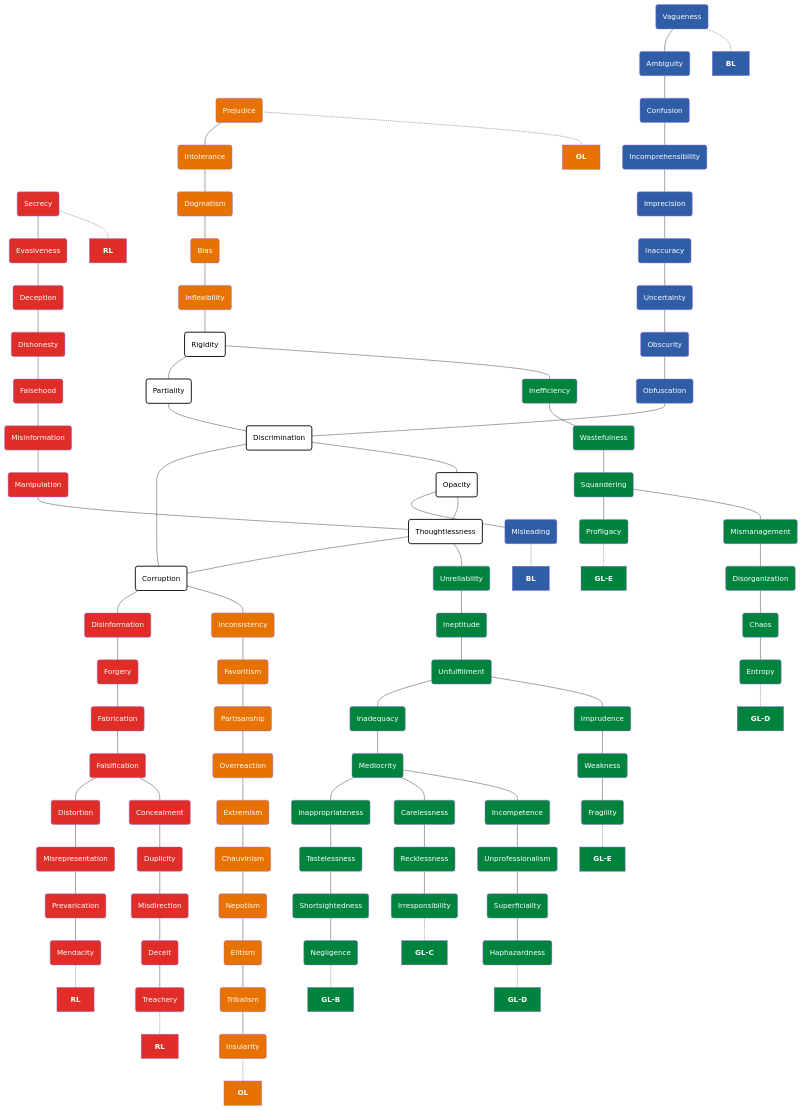
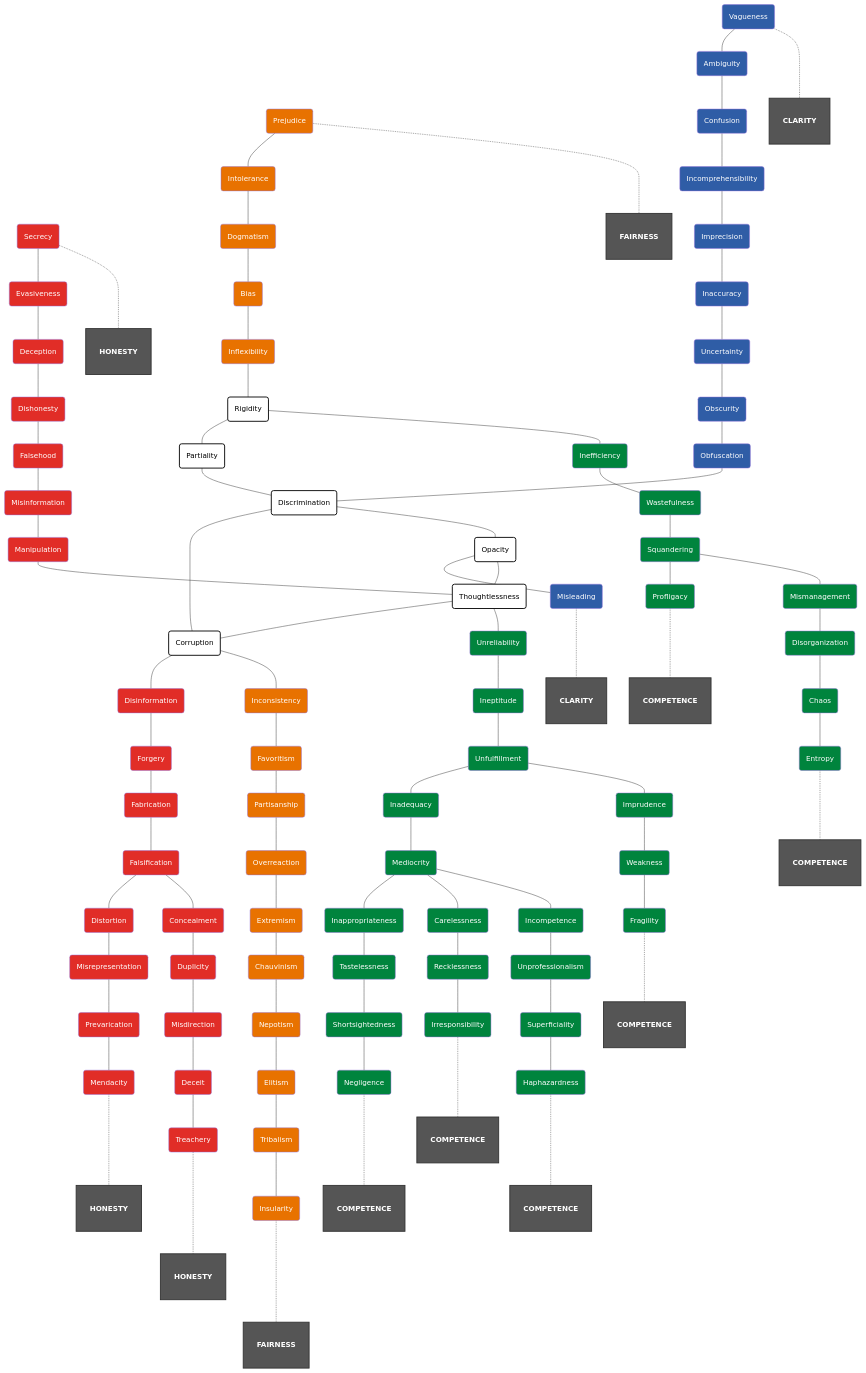
One commit to aygp-dr/values-compass changed the diagram in docs/visualizations/values_transit_map.mmd. Above: the diagram before and after it, drawn with Mermaid.

Commit message:
feat(visualization): replace line labels with value domain labels in transit map

```diff
--- a/docs/visualizations/values_transit_map.mmd
+++ b/docs/visualizations/values_transit_map.mmd
@@ -1,160 +1,156 @@
 graph TB
     %% Red Line (Honesty Domain)
     alfcl(Secrecy) --- davis(Evasiveness)
     davis --- portr(Deception)
     portr --- harsq(Dishonesty)
     harsq --- cntsq(Falsehood)
     cntsq --- knncl(Misinformation)
     knncl --- chmnl(Manipulation)
     chmnl --- pktrm(Thoughtlessness)
     pktrm --- dwnxg(Corruption)
     dwnxg --- sstat(Disinformation)
     sstat --- brdwy(Forgery)
     brdwy --- andrw(Fabrication)
     andrw --- jfk(Falsification)
     
     %% Red Line branches
     jfk --- shmnl(Distortion)
     shmnl --- fldcr(Misrepresentation)
     fldcr --- smmnl(Prevarication)
     smmnl --- asmnl(Mendacity)
     
     jfk --- nqncy(Concealment)
     nqncy --- wlsta(Duplicity)
     wlsta --- qnctr(Misdirection)
     qnctr --- qamnl(Deceit)
     qamnl --- brntn(Treachery)
     
     %% Orange Line (Fairness Domain)
     ogmnl(Prejudice) --- mlmnl(Intolerance)
     mlmnl --- welln(Dogmatism)
     welln --- sull(Bias)
     sull --- ccmnl(Inflexibility)
     ccmnl --- north(Rigidity)
     north --- haecl(Partiality)
     haecl --- state(Discrimination)
     state --- dwnxg
     dwnxg --- chncl(Inconsistency)
     chncl --- tumnl(Favoritism)
     tumnl --- bbsta(Partisanship)
     bbsta --- masta(Overreaction)
     masta --- rugg(Extremism)
     rugg --- rcmnl(Chauvinism)
     rcmnl --- jaksn(Nepotism)
     jaksn --- sbmnl(Elitism)
     sbmnl --- grnst(Tribalism)
     grnst --- forhl(Insularity)
     
     %% Blue Line (Clarity Domain)
     wondl(Vagueness) --- rbmnl(Ambiguity)
     rbmnl --- bmmnl(Confusion)
     bmmnl --- sdmnl(Incomprehensibility)
     sdmnl --- orhte(Imprecision)
     orhte --- wimnl(Inaccuracy)
     wimnl --- aport(Uncertainty)
     aport --- mvbcl(Obscurity)
     mvbcl --- aqucl(Obfuscation)
     aqucl --- state
     state --- gover(Opacity)
     gover --- bomnl(Misleading)
     
     %% Green Line - Main Trunk (Competence Domain)
     gover --- pktrm
     pktrm --- boyls(Unreliability)
     boyls --- armnl(Ineptitude)
     armnl --- coecl(Unfulfillment)
     coecl --- hymnl(Inadequacy)
     hymnl --- kencl(Mediocrity)
     
     %% Green Line B Branch - Compressed version
     kencl --- bueast(Inappropriateness)
     bueast --- bucntrl(Tastelessness)
     bucntrl --- blandfd(Shortsightedness)
     blandfd --- bcoll(Negligence)
     
     %% Green Line C Branch - Compressed version
     kencl --- stpaul(Carelessness)
     stpaul --- coolidge(Recklessness)
     coolidge --- clevelc(Irresponsibility)
     
     %% Green Line D Branch - Compressed version
     kencl --- fenwy(Incompetence)
     fenwy --- longw(Unprofessionalism)
     longw --- bvmnl(Superficiality)
     bvmnl --- river(Haphazardness)
     
     %% Green Line E Branch - Compressed version
     coecl --- pructl(Imprudence)
     pructl --- symph(Weakness)
     symph --- heath(Fragility)
     
     %% Green Line Extension - Added
     north --- scpark(Inefficiency)
     scpark --- lechmr(Wastefulness)
     
     %% Green Line Union Square Branch
     lechmr --- esom(Squandering)
     esom --- union(Profligacy)
     
     %% Green Line Medford Branch
     esom --- gilman(Mismanagement)
     gilman --- magoun(Disorganization)
     magoun --- ball(Chaos)
     ball --- medford(Entropy)
     
-    %% Line endpoint labels
-    asmnl -.- RL1[RL]
-    brntn -.- RL2[RL]
-    alfcl -.- RL3[RL]
-    ogmnl -.- OL1[OL]
-    forhl -.- OL2[OL]
-    wondl -.- BL1[BL]
-    bomnl -.- BL2[BL]
-    river -.- GLD[GL-D]
-    bcoll -.- GLB[GL-B]
-    clevelc -.- GLC[GL-C]
-    heath -.- GLE1[GL-E]
-    union -.- GLE2[GL-E]
-    medford -.- GLD2[GL-D]
+    %% Domain labels with dotted connections and grey styling
+    asmnl -..- Honesty1["HONESTY"]
+    brntn -..- Honesty2["HONESTY"]
+    alfcl -..- Honesty3["HONESTY"]
+    ogmnl -..- Fairness1["FAIRNESS"]
+    forhl -..- Fairness2["FAIRNESS"]
+    wondl -..- Clarity1["CLARITY"]
+    bomnl -..- Clarity2["CLARITY"]
+    river -..- Competence1["COMPETENCE"]
+    bcoll -..- Competence2["COMPETENCE"]
+    clevelc -..- Competence3["COMPETENCE"]
+    heath -..- Competence4["COMPETENCE"]
+    union -..- Competence5["COMPETENCE"]
+    medford -..- Competence6["COMPETENCE"]
     
-    %% Styling
+    %% Styling for stations
     classDef redLine fill:#E12D27,color:white;
     classDef orangeLine fill:#E87200,color:white;
     classDef blueLine fill:#2F5DA6,color:white;
     classDef greenLine fill:#00843D,color:white;
-    classDef redLabel fill:#E12D27,color:white,font-weight:bold;
-    classDef orangeLabel fill:#E87200,color:white,font-weight:bold;
-    classDef blueLabel fill:#2F5DA6,color:white,font-weight:bold;
-    classDef greenLabel fill:#00843D,color:white,font-weight:bold;
+    
+    %% New grey domain label style
+    classDef domainLabel fill:#555555,color:white,font-weight:bold,stroke:#333333,stroke-width:2,padding:10px,border-radius:5px;
     
     %% Apply styles to Red Line
     class alfcl,davis,portr,harsq,cntsq,knncl,chmnl redLine;
     class sstat,brdwy,andrw,jfk redLine;
     class shmnl,fldcr,smmnl,asmnl redLine;
     class nqncy,wlsta,qnctr,qamnl,brntn redLine;
     
     %% Apply styles to Orange Line
     class ogmnl,mlmnl,welln,sull,ccmnl,north,haecl orangeLine;
     class chncl,tumnl,bbsta,masta,rugg,rcmnl,jaksn,sbmnl,grnst,forhl orangeLine;
     
     %% Apply styles to Blue Line
     class wondl,rbmnl,bmmnl,sdmnl,orhte,wimnl,aport,mvbcl,aqucl,bomnl blueLine;
     
     %% Apply styles to Green Line
     class boyls,armnl,coecl,hymnl,kencl greenLine;
     class fenwy,longw,bvmnl,river greenLine;
     class bueast,bucntrl,blandfd,bcoll greenLine;
     class stpaul,coolidge,clevelc greenLine;
     class pructl,symph,heath greenLine;
     class scpark,lechmr,esom,union greenLine;
     class gilman,magoun,ball,medford greenLine;
     
     %% Mark transfer stations
     classDef transferStation fill:white,stroke:#000,stroke-width:2,color:black;
     class pktrm,dwnxg,state,gover,north,haecl transferStation;
     
-    %% Apply styles to line labels
-    class RL1,RL2,RL3 redLabel;
-    class OL1,OL2 orangeLabel;
-    class BL1,BL2 blueLabel;
-    class GLB,GLC,GLD,GLE1,GLE2,GLD2 greenLabel;
+    %% Apply domain label style
+    class Honesty1,Honesty2,Honesty3,Fairness1,Fairness2,Clarity1,Clarity2,Competence1,Competence2,Competence3,Competence4,Competence5,Competence6 domainLabel;
```
